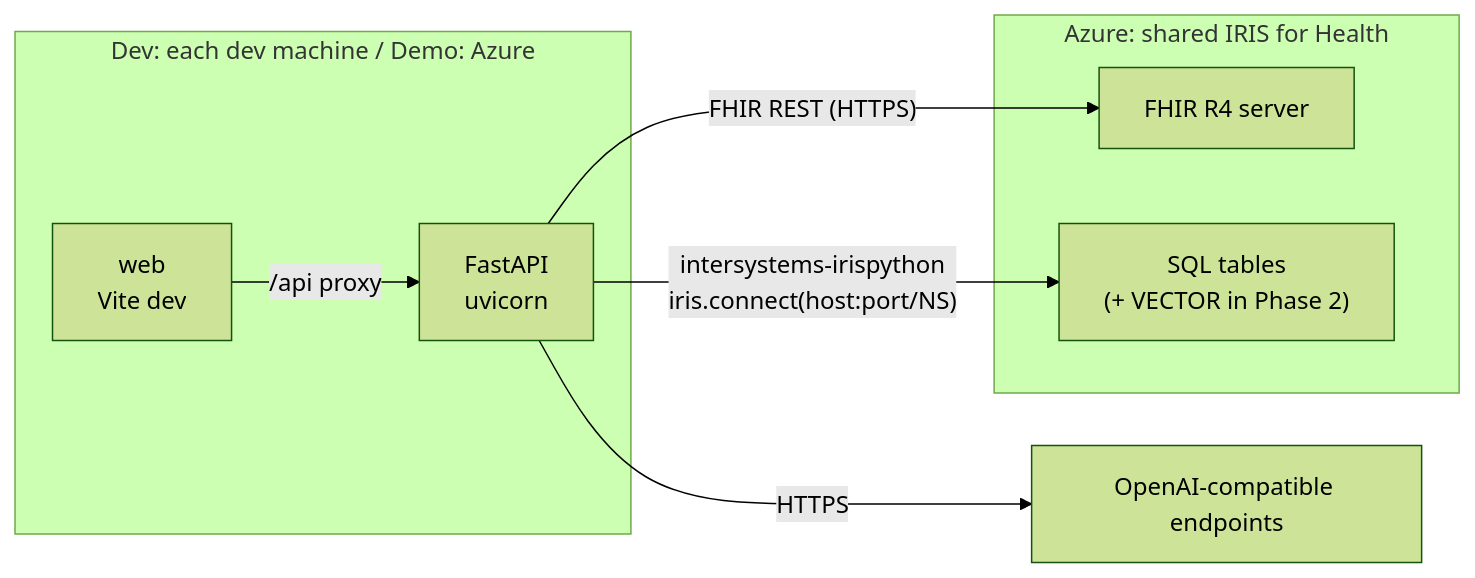
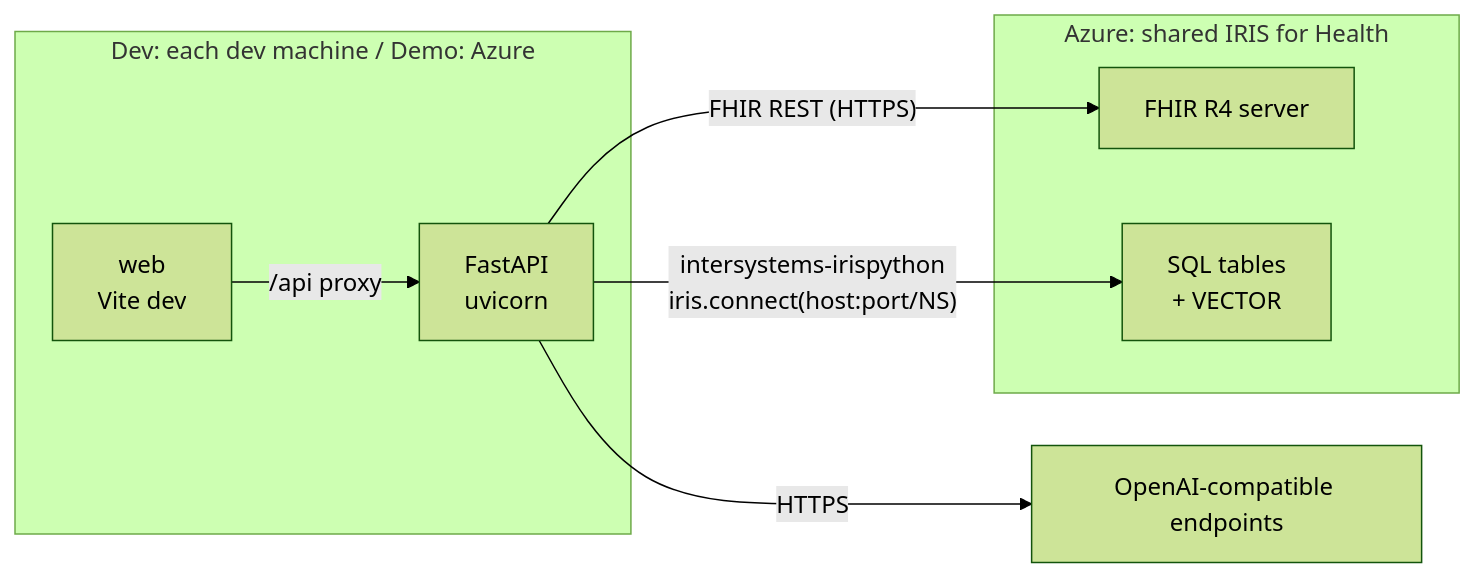
The third of 4 diagrams in docs/architecture.md (darkmackov/AI-Rackathon2026-Nessio), drawn with Mermaid (forest theme) before and after one commit. The commit also changed other lines of this file and 10 other files, not shown here.

````diff
--- a/docs/architecture.md
+++ b/docs/architecture.md
@@ -97,13 +99,13 @@
 ```mermaid
 flowchart LR
   subgraph dev["Dev: each dev machine / Demo: Azure"]
     browser["web<br/>Vite dev"] -->|/api proxy| api2["FastAPI<br/>uvicorn"]
   end
   subgraph azure["Azure: shared IRIS for Health"]
     fhirsrv["FHIR R4 server"]
-    vec["SQL tables<br/>(+ VECTOR in Phase 2)"]
+    vec["SQL tables<br/>+ VECTOR"]
   end
   api2 -->|"FHIR REST (HTTPS)"| fhirsrv
   api2 -->|"intersystems-irispython<br/>iris.connect(host:port/NS)"| vec
   api2 -->|HTTPS| llm["OpenAI-compatible endpoints"]
 ```
````
